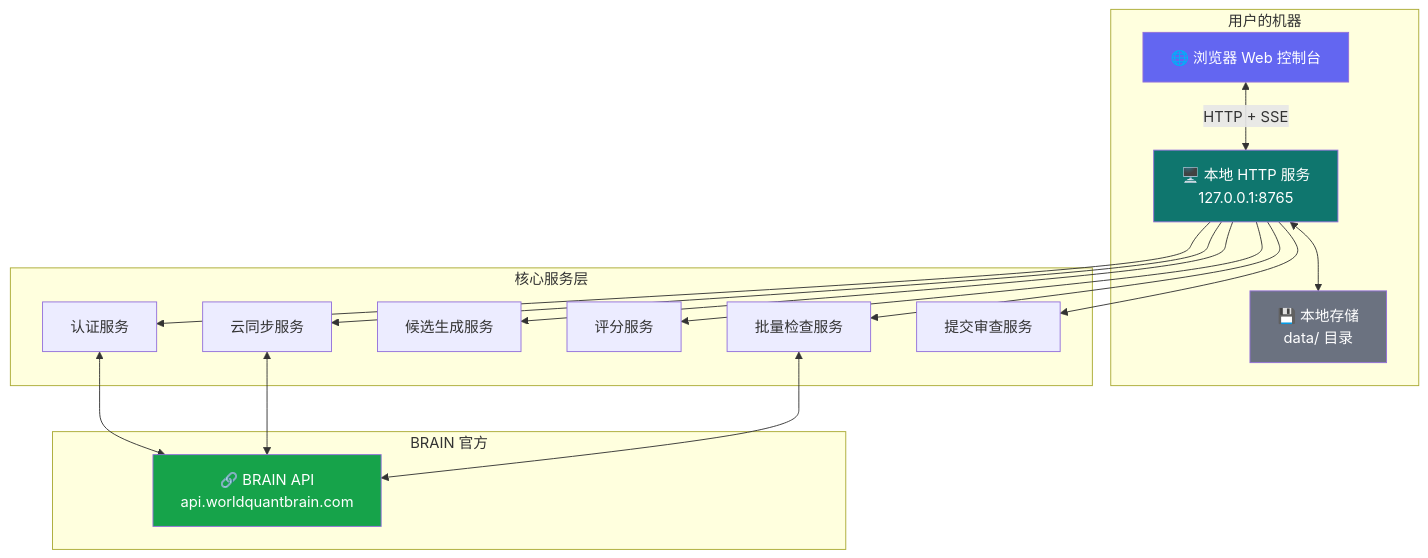
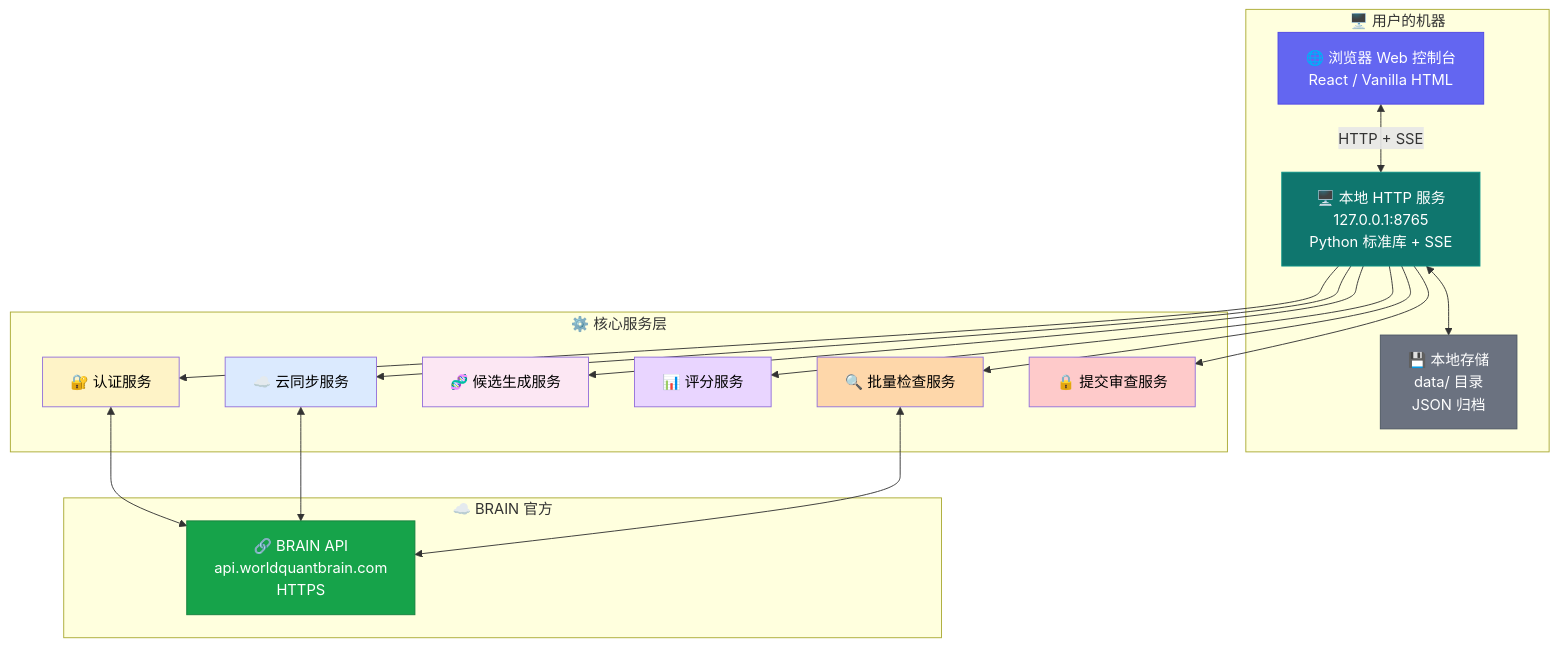
The third of 3 diagrams in README.md (qq547820639/WorldQuant-BRAIN-Alpha), drawn with Mermaid before and after one commit. The commit also changed other lines of this file, not shown here.

````diff
--- a/README.md
+++ b/README.md
@@ -443,38 +661,44 @@
 ```mermaid
 graph TB
-    subgraph "用户的机器"
-        Browser[🌐 浏览器 Web 控制台]
-        Server[🖥️ 本地 HTTP 服务<br/>127.0.0.1:8765]
-        Storage[💾 本地存储<br/>data/ 目录]
+    subgraph "🖥️ 用户的机器"
+        Browser[🌐 浏览器 Web 控制台<br/>React / Vanilla HTML]
+        Server[🖥️ 本地 HTTP 服务<br/>127.0.0.1:8765<br/>Python 标准库 + SSE]
+        Storage[💾 本地存储<br/>data/ 目录<br/>JSON 归档]
     end
 
-    subgraph "BRAIN 官方"
-        API[🔗 BRAIN API<br/>api.worldquantbrain.com]
+    subgraph "☁️ BRAIN 官方"
+        API[🔗 BRAIN API<br/>api.worldquantbrain.com<br/>HTTPS]
     end
 
-    subgraph "核心服务层"
-        Auth[认证服务]
-        Sync[云同步服务]
-        Gen[候选生成服务]
-        Score[评分服务]
-        Check[批量检查服务]
-        Review[提交审查服务]
+    subgraph "⚙️ 核心服务层"
+        Auth[🔐 认证服务]
+        Sync[☁️ 云同步服务]
+        Gen[🧬 候选生成服务]
+        Score[📊 评分服务]
+        Check[🔍 批量检查服务]
+        Review[🔒 提交审查服务]
     end
 
     Browser <-->|HTTP + SSE| Server
     Server --> Auth
     Server --> Sync
     Server --> Gen
     Server --> Score
     Server --> Check
     Server --> Review
     Server <--> Storage
     Auth <--> API
     Sync <--> API
     Check <--> API
 
-    style Browser fill:#6366F1,color:#fff
-    style Server fill:#0F766E,color:#fff
-    style API fill:#16A34A,color:#fff
-    style Storage fill:#6B7280,color:#fff
+    style Browser fill:#6366F1,color:#fff,stroke:#4f46e5
+    style Server fill:#0F766E,color:#fff,stroke:#0d9488
+    style API fill:#16A34A,color:#fff,stroke:#15803d
+    style Storage fill:#6B7280,color:#fff,stroke:#4b5563
+    style Auth fill:#fef3c7,color:#000
+    style Sync fill:#dbeafe,color:#000
+    style Gen fill:#fce7f3,color:#000
+    style Score fill:#e9d5ff,color:#000
+    style Check fill:#fed7aa,color:#000
+    style Review fill:#fecaca,color:#000
 ```
````
